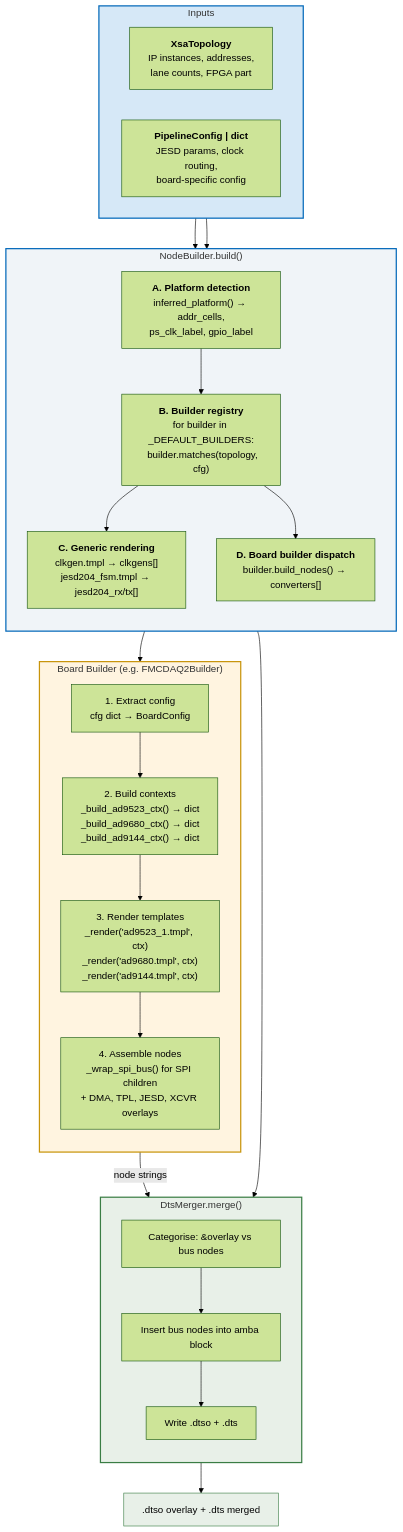
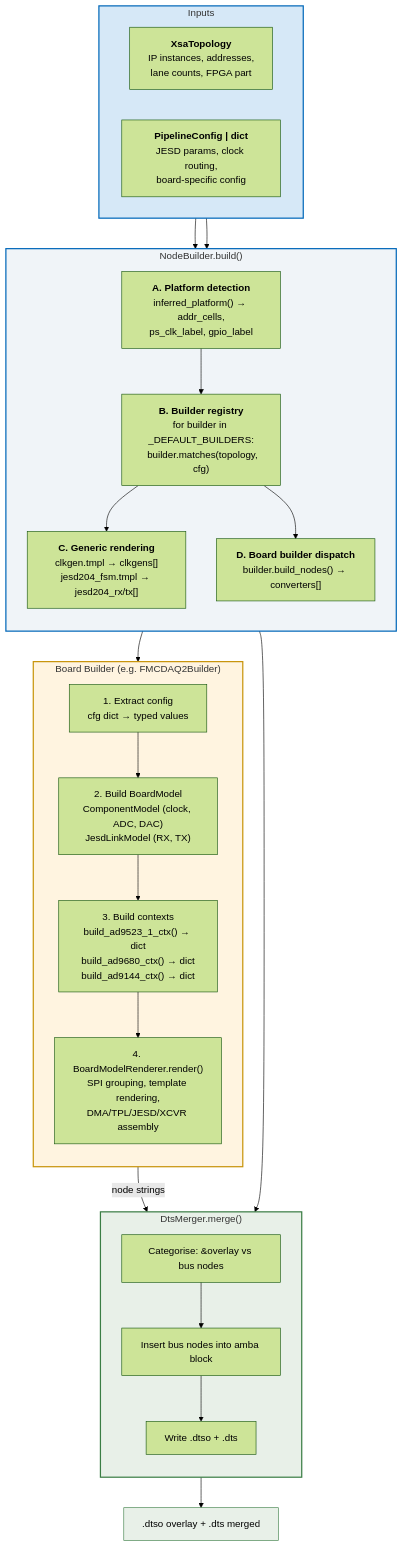
One commit to analogdevicesinc/pyadi-dt changed the second of 2 diagrams in doc/source/xsa_developer.rst. Above: the diagram before and after it, drawn with Mermaid (forest theme). The commit also changed other lines of this file and 3 other files, not shown here.

First line of the commit message:
docs: add BoardModel API reference and update developer guide

```diff
--- a/doc/source/xsa_developer.rst
+++ b/doc/source/xsa_developer.rst
@@ -81,51 +81,51 @@
 .. mermaid::
 
    flowchart TB
       subgraph inputs ["Inputs"]
          direction LR
          topo["<b>XsaTopology</b><br/>IP instances, addresses,<br/>lane counts, FPGA part"]
          cfg["<b>PipelineConfig | dict</b><br/>JESD params, clock routing,<br/>board-specific config"]
       end
 
       subgraph nb ["NodeBuilder.build()"]
          direction TB
          platform["<b>A. Platform detection</b><br/>inferred_platform() → addr_cells,<br/>ps_clk_label, gpio_label"]
          registry["<b>B. Builder registry</b><br/>for builder in _DEFAULT_BUILDERS:<br/>  builder.matches(topology, cfg)"]
          generic["<b>C. Generic rendering</b><br/>clkgen.tmpl → clkgens[]<br/>jesd204_fsm.tmpl → jesd204_rx/tx[]"]
          dispatch["<b>D. Board builder dispatch</b><br/>builder.build_nodes() → converters[]"]
 
          platform --> registry
          registry --> generic
          registry --> dispatch
       end
 
       subgraph builder ["Board Builder (e.g. FMCDAQ2Builder)"]
          direction TB
-         extract["1. Extract config<br/>cfg dict → BoardConfig"]
-         context["2. Build contexts<br/>_build_ad9523_ctx() → dict<br/>_build_ad9680_ctx() → dict<br/>_build_ad9144_ctx() → dict"]
-         render["3. Render templates<br/>_render('ad9523_1.tmpl', ctx)<br/>_render('ad9680.tmpl', ctx)<br/>_render('ad9144.tmpl', ctx)"]
-         wrap["4. Assemble nodes<br/>_wrap_spi_bus() for SPI children<br/>+ DMA, TPL, JESD, XCVR overlays"]
+         extract["1. Extract config<br/>cfg dict → typed values"]
+         model["2. Build BoardModel<br/>ComponentModel (clock, ADC, DAC)<br/>JesdLinkModel (RX, TX)"]
+         context["3. Build contexts<br/>build_ad9523_1_ctx() → dict<br/>build_ad9680_ctx() → dict<br/>build_ad9144_ctx() → dict"]
+         render["4. BoardModelRenderer.render()<br/>SPI grouping, template rendering,<br/>DMA/TPL/JESD/XCVR assembly"]
 
-         extract --> context --> render --> wrap
+         extract --> model --> context --> render
       end
 
       subgraph merger ["DtsMerger.merge()"]
          direction TB
          categorize["Categorise: &overlay vs bus nodes"]
          insert["Insert bus nodes into amba block"]
          write["Write .dtso + .dts"]
          categorize --> insert --> write
       end
 
       topo --> nb
       cfg --> nb
       dispatch --> builder
       generic --> merger
       builder --> |"node strings"| merger
       write --> output[".dtso overlay + .dts merged"]
 
       style inputs fill:#d6e8f7,stroke:#0067b9,stroke-width:2px
       style nb fill:#f0f4f8,stroke:#0067b9,stroke-width:2px
       style builder fill:#fff4e0,stroke:#c8940a,stroke-width:2px
       style merger fill:#e8f0e8,stroke:#3a7d44,stroke-width:2px
       style output fill:#e8f0e8,stroke:#3a7d44
```
